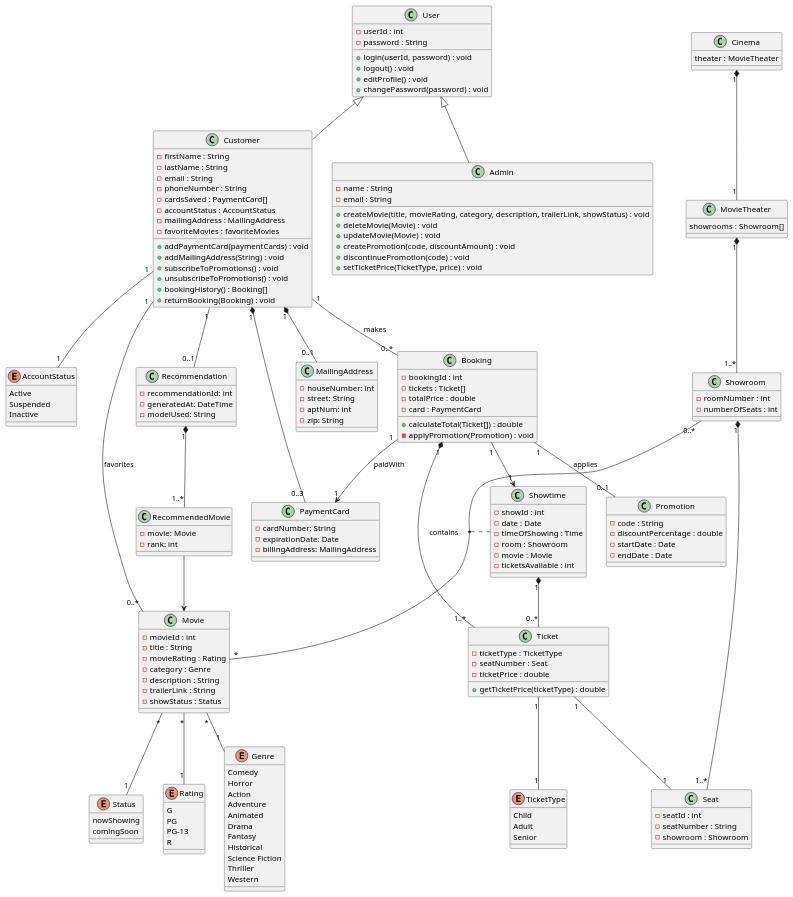
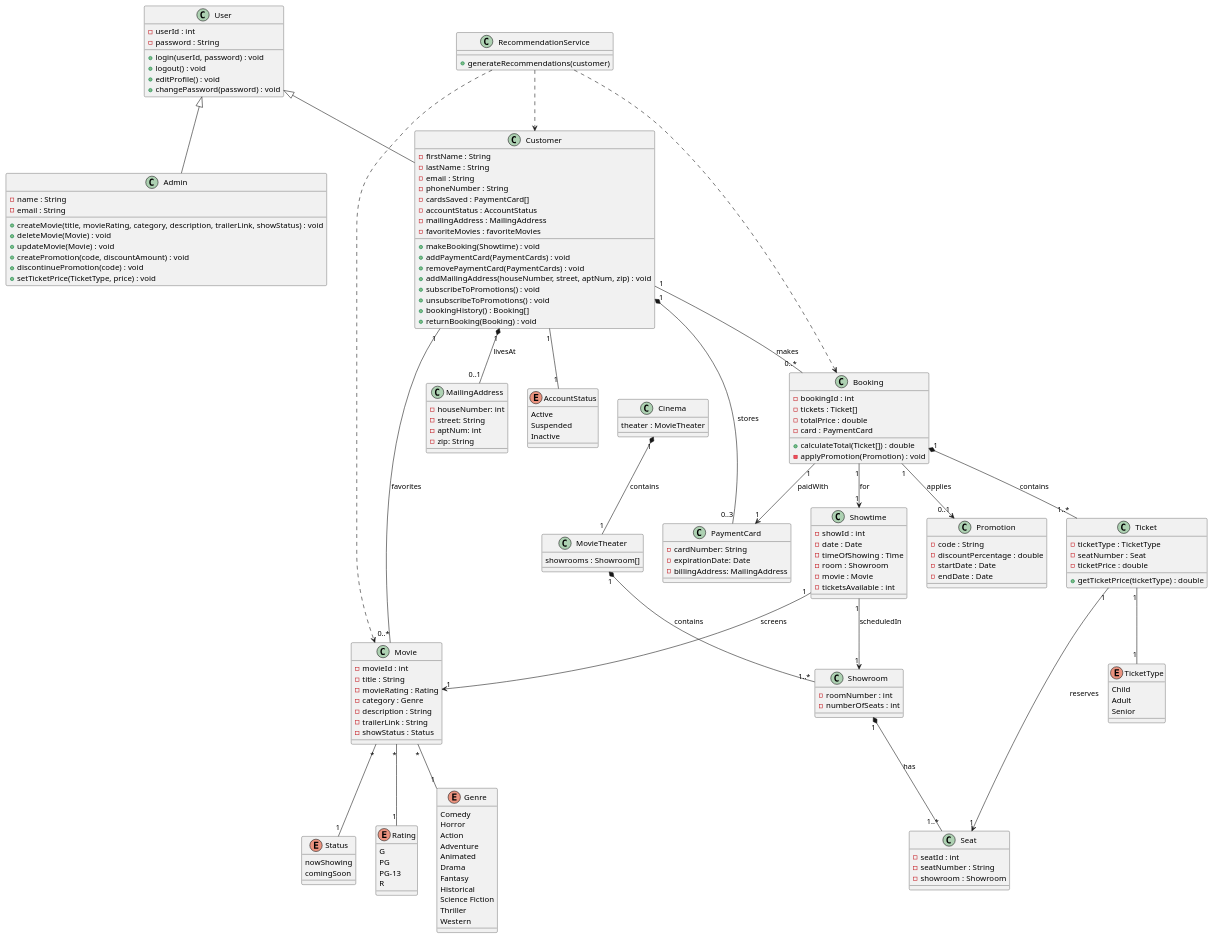
One commit to r-s-r-99/CSCI4050-CinmeaEBookingProject changed the diagram in uml/user-diagram.puml. Above: the diagram before and after it, drawn with PlantUML.

Commit message:
final version

```diff
--- a/uml/user-diagram.puml
+++ b/uml/user-diagram.puml
@@ -1,166 +1,161 @@
 @startuml 
 class User {
     - userId : int 
     - password : String 
     + login(userId, password) : void 
     + logout() : void 
     + editProfile() : void 
     + changePassword(password) : void 
 } 
 class Customer { 
     - firstName : String 
     - lastName : String 
     - email : String 
     - phoneNumber : String 
     - cardsSaved : PaymentCard[] 
     - accountStatus : AccountStatus 
     - mailingAddress : MailingAddress 
     - favoriteMovies : favoriteMovies 
-    + addPaymentCard(paymentCards) : void 
-    + addMailingAddress(String) : void 
+    + makeBooking(Showtime) : void
+    + addPaymentCard(PaymentCards) : void 
+    + removePaymentCard(PaymentCards) : void
+    + addMailingAddress(houseNumber, street, aptNum, zip) : void 
     + subscribeToPromotions() : void 
     + unsubscribeToPromotions() : void 
     + bookingHistory() : Booking[]
     + returnBooking(Booking) : void
 } 
 class PaymentCard { 
     - cardNumber: String 
     - expirationDate: Date 
     - billingAddress: MailingAddress 
 } 
 class MailingAddress { 
     - houseNumber: int 
     - street: String 
     - aptNum: int 
     - zip: String 
 } 
 enum AccountStatus { 
     Active
     Suspended 
     Inactive 
 } 
 class Movie { 
     - movieId : int 
     - title : String 
     - movieRating : Rating 
     - category : Genre 
     - description : String 
     - trailerLink : String 
     - showStatus : Status
 } 
 enum Status { 
     nowShowing 
     comingSoon 
 } 
 enum Rating { 
     G 
     PG 
     PG-13 
     R 
 } 
 enum Genre { 
     Comedy 
     Horror 
     Action 
     Adventure 
     Animated 
     Drama 
     Fantasy 
     Historical 
     Science Fiction 
     Thriller 
     Western 
 } 
 class Admin { 
     - name : String 
     - email : String
     + createMovie(title, movieRating, category, description, trailerLink, showStatus) : void
     + deleteMovie(Movie) : void
     + updateMovie(Movie) : void
     + createPromotion(code, discountAmount) : void
     + discontinuePromotion(code) : void 
     + setTicketPrice(TicketType, price) : void
 } 
 class Ticket { 
     - ticketType : TicketType 
     - seatNumber : Seat 
     - ticketPrice : double 
     + getTicketPrice(ticketType) : double 
 } 
 enum TicketType { 
     Child 
     Adult 
     Senior 
 } 
 class Showtime { 
     - showId : int 
     - date : Date 
     - timeOfShowing : Time 
     - room : Showroom 
     - movie : Movie 
     - ticketsAvailable : int 
 } 
 class Showroom { 
     - roomNumber : int 
     - numberOfSeats : int 
 } 
 class Seat { 
     - seatId : int
     - seatNumber : String 
     - showroom : Showroom 
 } 
 class MovieTheater { 
     showrooms : Showroom[] 
 } 
 class Cinema { 
     theater : MovieTheater 
 } 
 class Booking { 
     - bookingId : int
     - tickets : Ticket[] 
     - totalPrice : double 
     - card : PaymentCard 
     + calculateTotal(Ticket[]) : double 
     - applyPromotion(Promotion) : void 
 } 
 class Promotion { 
     - code : String 
     - discountPercentage : double 
     - startDate : Date 
     - endDate : Date 
 } 
-class Recommendation { 
-    - recommendationId: int 
-    - generatedAt: DateTime 
-    - modelUsed: String 
+class RecommendationService {
+    + generateRecommendations(customer)
 } 
-class RecommendedMovie { 
-    - movie: Movie 
-    - rank: int 
-} 
-User <|-- Admin 
-User <|-- Customer 
 Customer "1" -- "1" AccountStatus 
-Customer "1" -- "0..*" Booking : makes
-Booking "1" -- "0..1" Promotion : applies 
-Booking "1" *-- "1..*" Ticket : contains
-Customer "1" *-- "0..3" PaymentCard 
-Booking "1" --> "1" PaymentCard : paidWith
 Ticket "1" -- "1" TicketType 
-Showtime "1" *-- "0..*" Ticket 
-MovieTheater "1" *-- "1..*" Showroom 
-Showroom "0..*" -- "*" Movie 
-(Showroom, Movie) .. Showtime 
 Movie "*" -- "1" Genre 
 Movie "*" -- "1" Rating 
 Movie "*" -- "1" Status 
-Customer "1" *-- "0..1" MailingAddress 
-Showroom "1" *-- "1..*" Seat 
-Ticket "1" -- "1" Seat 
-Cinema "1" *-- "1" MovieTheater 
-Customer "1" -- "0..1" Recommendation 
-RecommendedMovie --> Movie
-Recommendation "1" *-- "1..*" RecommendedMovie 
+User <|-- Customer
+User <|-- Admin
+Customer "1" *-- "0..3" PaymentCard : stores
+Customer "1" *-- "0..1" MailingAddress : livesAt
+Booking "1" *-- "1..*" Ticket : contains
+Showroom "1" *-- "1..*" Seat : has
+Customer "1" -- "0..*" Booking : makes
 Customer "1" -- "0..*" Movie : favorites
-Booking "1" --> "1" Showtime
+Booking "1" --> "1" Showtime : for
+Booking "1" --> "1" PaymentCard : paidWith
+Booking "1" --> "0..1" Promotion : applies
+Ticket "1" --> "1" Seat : reserves
+Showtime "1" --> "1" Movie : screens
+Showtime "1" --> "1" Showroom : scheduledIn
+MovieTheater "1" *-- "1..*" Showroom : contains
+Cinema "1" *-- "1" MovieTheater : contains
+RecommendationService ..> Customer
+RecommendationService ..> Movie
+RecommendationService ..> Booking
 @enduml
```
